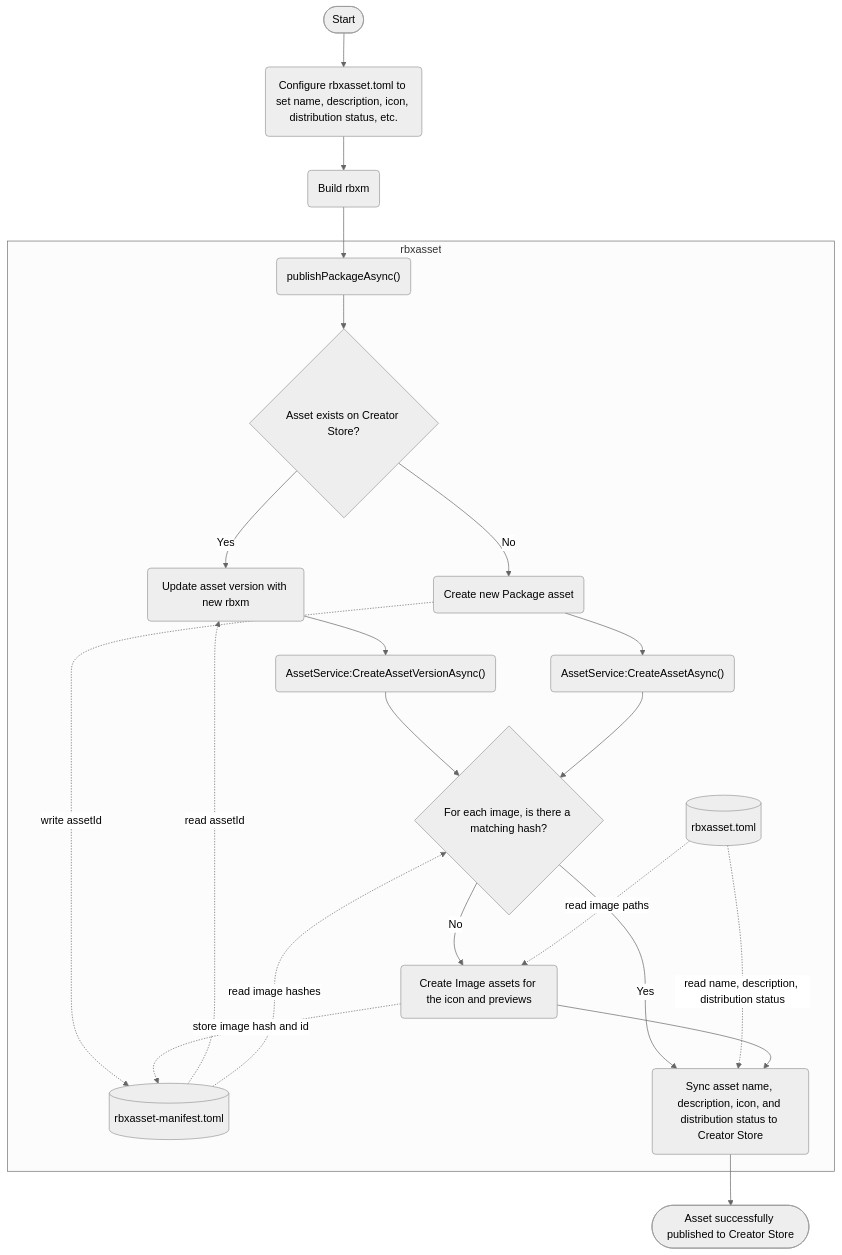
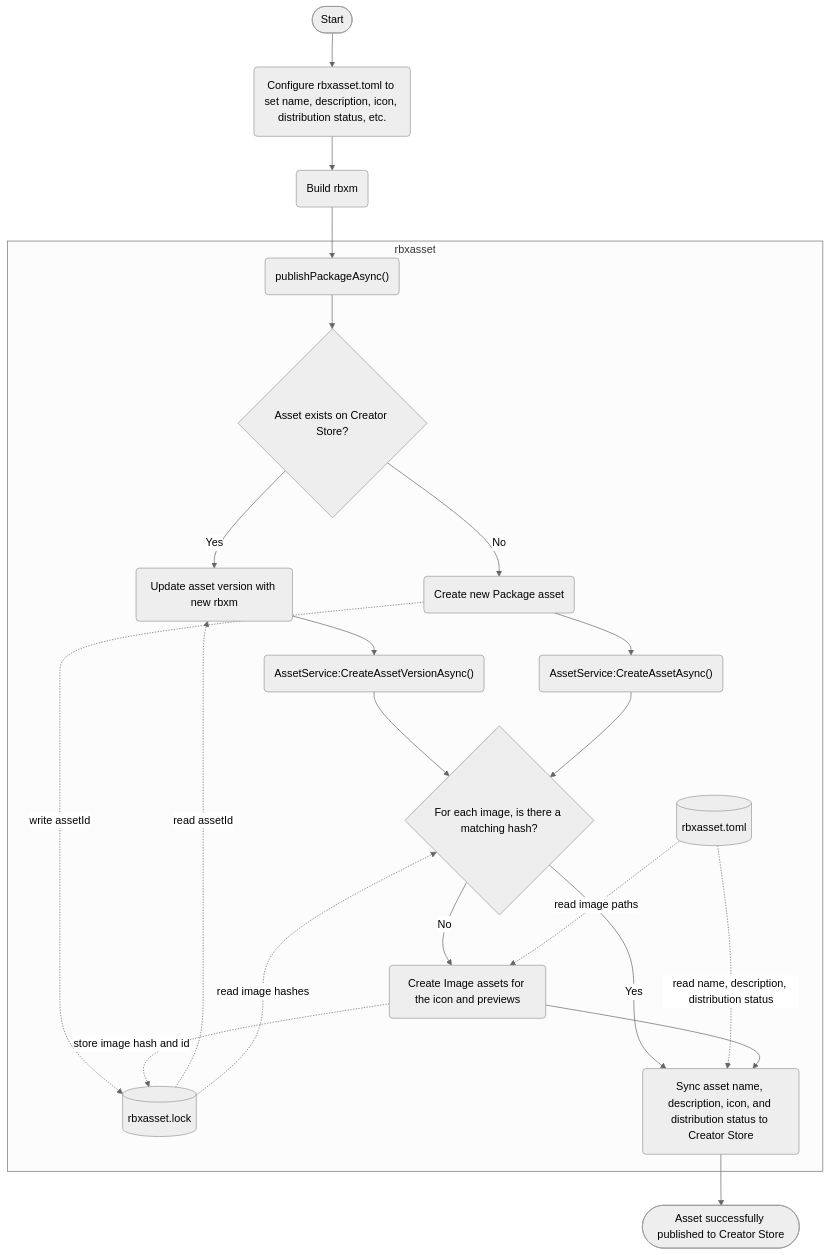
One commit to ghostnaps/rbxasset changed the diagram in specs/publishPackageAsync.md. Above: the diagram before and after it, drawn with Mermaid (neutral theme). The commit also changed 20 other files, not shown here.

Commit message:
Change terminology (Manifest -> Lockfile, Config -> Manifest) (#10)

````diff
--- a/specs/publishPackageAsync.md
+++ b/specs/publishPackageAsync.md
@@ -4,49 +4,49 @@
 ```mermaid
 flowchart TD;
     Start([Start])
         --> Configure(Configure rbxasset.toml to set name, description, icon, distribution status, etc.)
          --> Build(Build rbxm)
          --> BeginPublishing
 
     subgraph rbxasset
-        AssetConfig[(rbxasset.toml)]
-        AssetManifest[(rbxasset-manifest.toml)]
+        AssetManifest[(rbxasset.toml)]
+        AssetLockfile[(rbxasset.lock)]
 
         BeginPublishing("publishPackageAsync()")
             --> AssetExists{Asset exists on Creator Store?}
 
         AssetExists -- Yes  --> UpdateVersion(Update asset version with new rbxm)
         AssetExists -- No --> CreateAsset(Create new Package asset)
 
-        AssetManifest -. read assetId .-> UpdateVersion
+        AssetLockfile -. read assetId .-> UpdateVersion
 
         CompareImageHashes{For each image, is there a matching hash?}
         CompareImageHashes -- Yes --> SyncAssetDetails
         CompareImageHashes -- No --> UploadImages
 
-        AssetManifest -. read image hashes .-> CompareImageHashes
+        AssetLockfile -. read image hashes .-> CompareImageHashes
 
-        CreateAsset -. write assetId .-> AssetManifest
+        CreateAsset -. write assetId .-> AssetLockfile
 
         UploadImages(Create Image assets for the icon and previews)
 
-        AssetConfig -. read image paths .-> UploadImages
+        AssetManifest -. read image paths .-> UploadImages
 
         SyncAssetDetails(Sync asset name, description, icon, and distribution status to Creator Store)
-        AssetConfig -. read name, description, distribution status .-> SyncAssetDetails
+        AssetManifest -. read name, description, distribution status .-> SyncAssetDetails
 
         UpdateVersion
             --> CreateAssetVersionAsync("AssetService:CreateAssetVersionAsync()")
             --> CompareImageHashes
 
         CreateAsset
             --> CreateAssetAsync("AssetService:CreateAssetAsync()")
             --> CompareImageHashes
 
         UploadImages --> SyncAssetDetails
-        UploadImages -. store image hash and id .->  AssetManifest
+        UploadImages -. store image hash and id .->  AssetLockfile
     end
 
     SyncAssetDetails
         --> CreatorStore([Asset successfully published to Creator Store])
 ```
````
